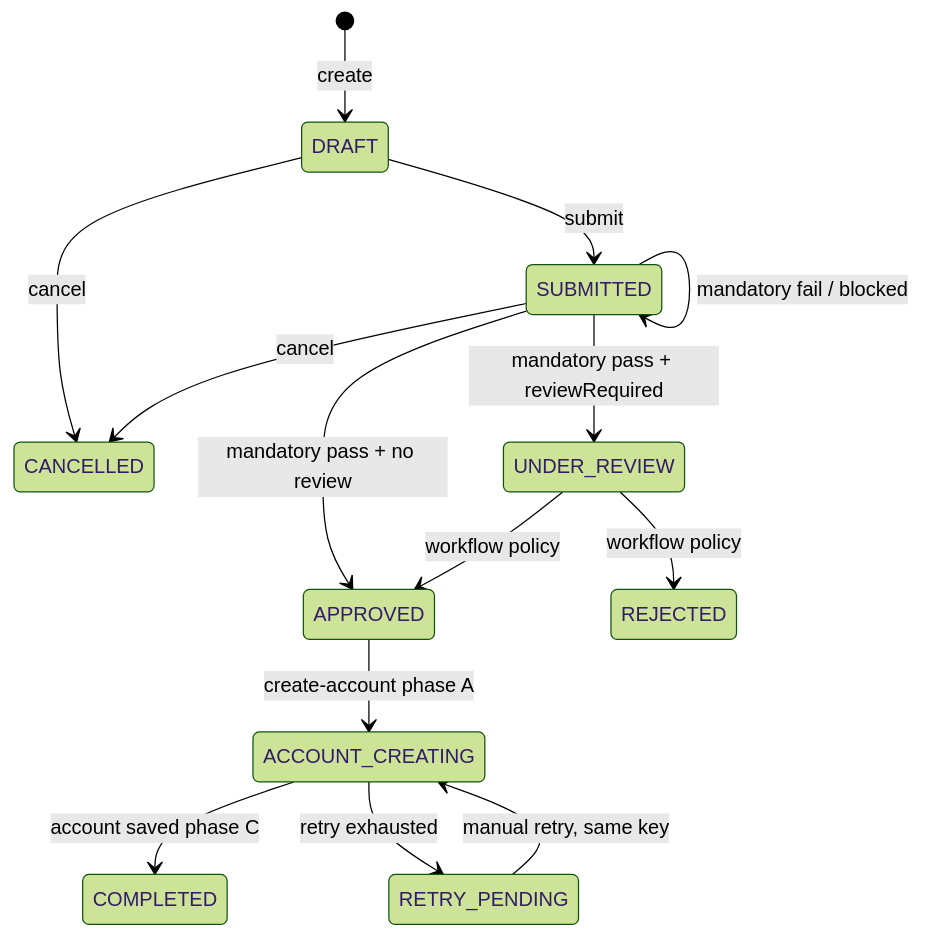
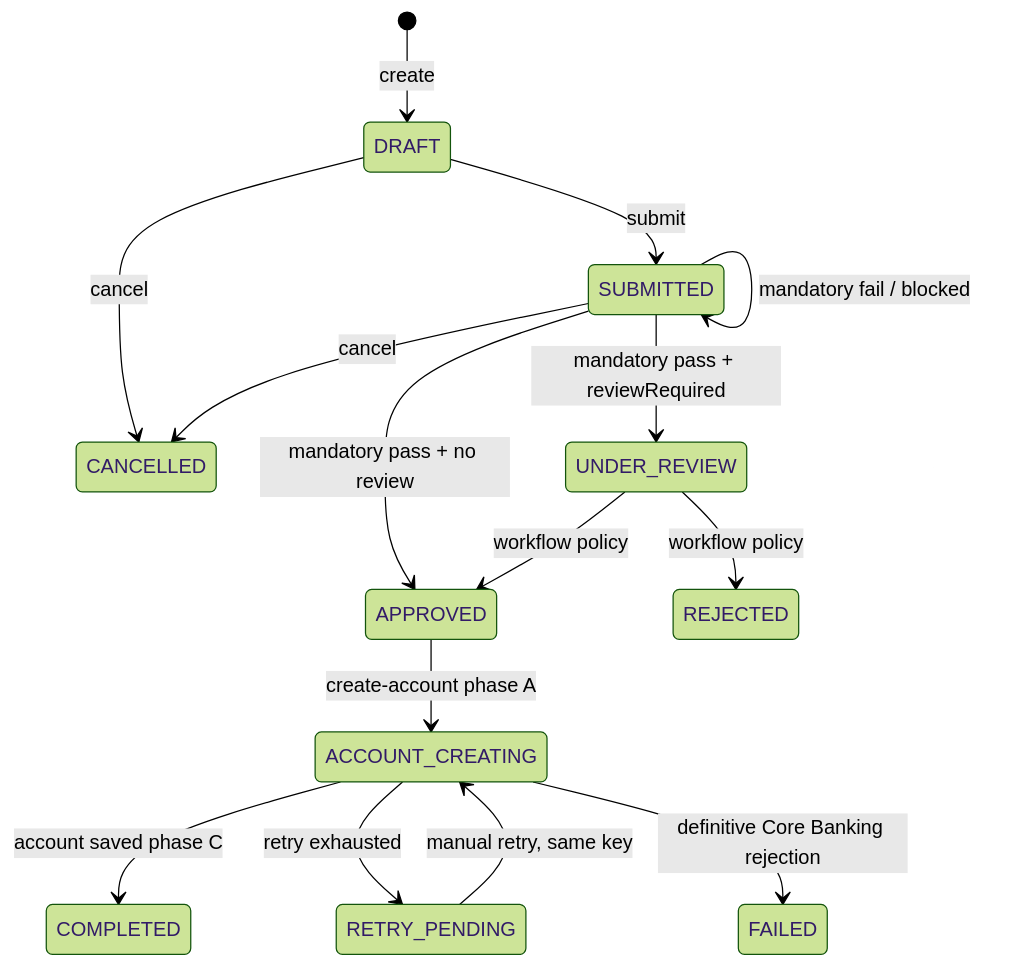
Before and after one commit to Mikokoomi/digital-account-opening: the second of 2 diagrams in docs/workflow-design.md, drawn with Mermaid (forest theme). The commit also changed other lines of this file and 18 other files, not shown here.

````diff
--- a/docs/workflow-design.md
+++ b/docs/workflow-design.md
@@ -44,16 +44,17 @@
 ```mermaid
 stateDiagram-v2
     [*] --> DRAFT: create
     DRAFT --> SUBMITTED: submit
     DRAFT --> CANCELLED: cancel
     SUBMITTED --> CANCELLED: cancel
     SUBMITTED --> SUBMITTED: mandatory fail / blocked
     SUBMITTED --> APPROVED: mandatory pass + no review
     SUBMITTED --> UNDER_REVIEW: mandatory pass + reviewRequired
     UNDER_REVIEW --> APPROVED: workflow policy
     UNDER_REVIEW --> REJECTED: workflow policy
     APPROVED --> ACCOUNT_CREATING: create-account phase A
     ACCOUNT_CREATING --> COMPLETED: account saved phase C
     ACCOUNT_CREATING --> RETRY_PENDING: retry exhausted
+    ACCOUNT_CREATING --> FAILED: definitive Core Banking rejection
     RETRY_PENDING --> ACCOUNT_CREATING: manual retry, same key
 ```
````
